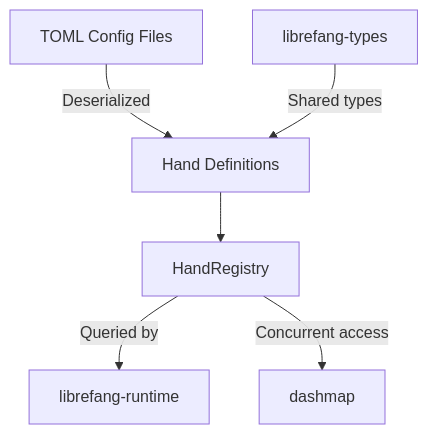
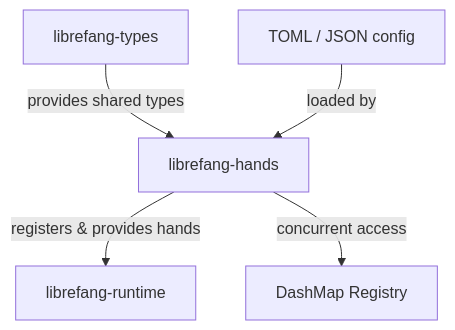
Before and after one commit to leszek3737/librefang-WIki: the diagram in other-librefang-hands.md, drawn with Mermaid. The commit also changed other lines of this file and 119 other files, not shown here.

````diff
--- a/other-librefang-hands.md
+++ b/other-librefang-hands.md
@@ -15,8 +15,7 @@
 ```mermaid
 graph TD
-    A[TOML Config Files] -->|Deserialized| B[Hand Definitions]
-    B --> C[HandRegistry]
-    C -->|Queried by| D[librefang-runtime]
-    E[librefang-types] -->|Shared types| B
-    C -->|Concurrent access| F[dashmap]
+    A[librefang-types] -->|provides shared types| B[librefang-hands]
+    B -->|registers & provides hands| C[librefang-runtime]
+    D[TOML / JSON config] -->|loaded by| B
+    B -->|concurrent access| E[DashMap Registry]
 ```
````
